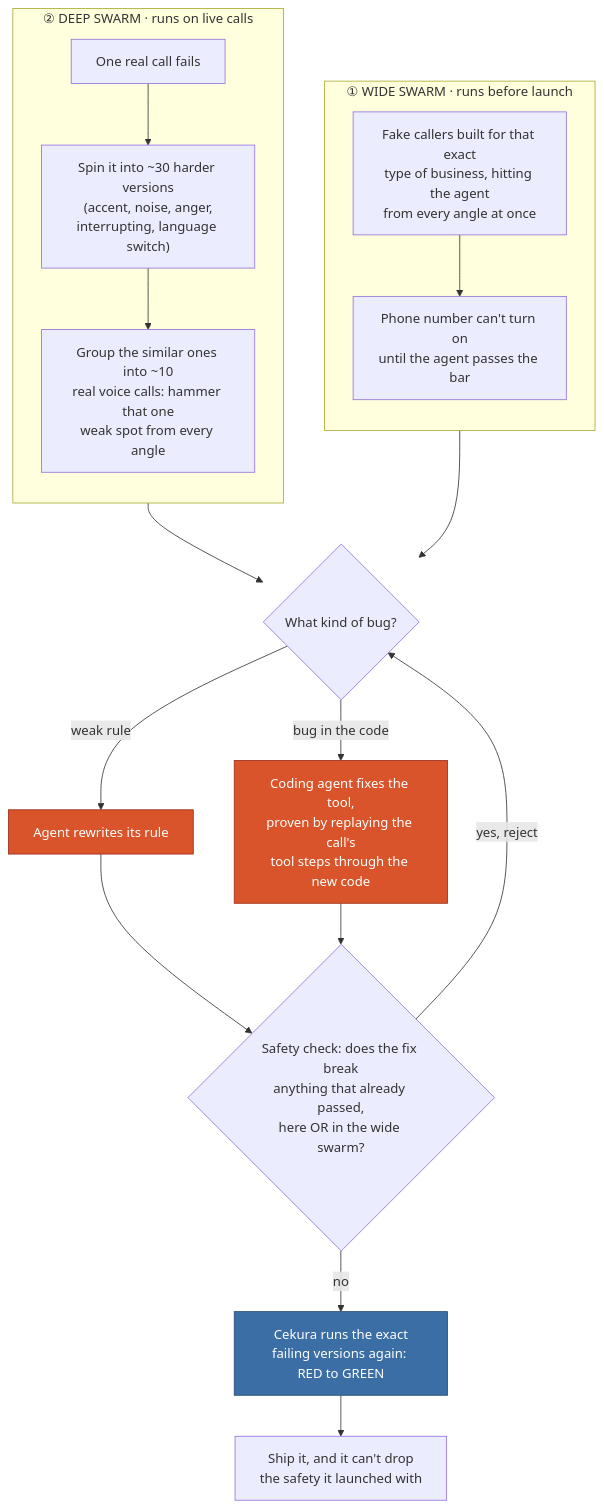
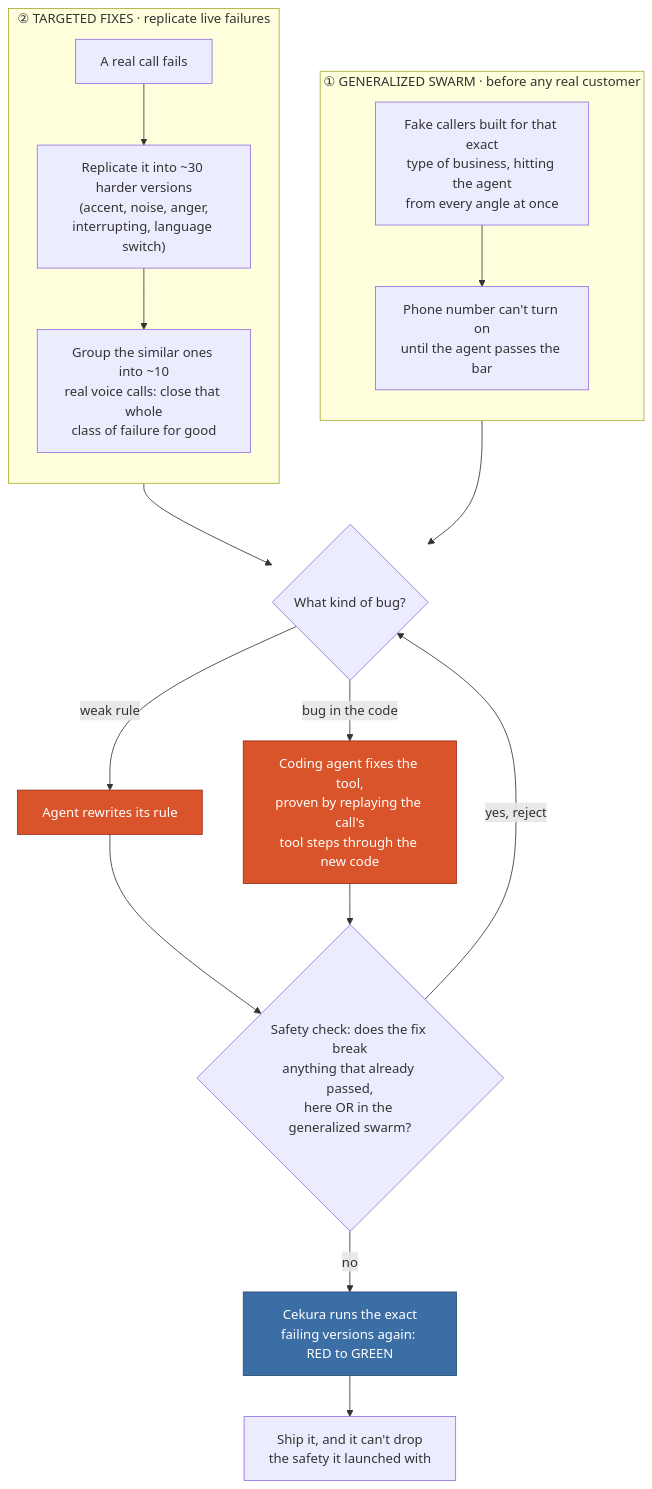
Before and after one commit to adityasingh2400/otto: the second of 3 diagrams in README.md, drawn with Mermaid. The commit also changed other lines of this file, not shown here.

Commit message:
docs(readme): clearer Cekura framing (generalized pre-launch swarm + targeted production fixes), strategic bolding, drop metric citations

````diff
--- a/README.md
+++ b/README.md
@@ -140,24 +138,24 @@
 ```mermaid
 flowchart TB
-  subgraph GEN["① WIDE SWARM · runs before launch"]
+  subgraph GEN["① GENERALIZED SWARM · before any real customer"]
     direction TB
     GA["Fake callers built for that exact<br/>type of business, hitting the agent<br/>from every angle at once"] --> GB["Phone number can't turn on<br/>until the agent passes the bar"]
   end
-  subgraph PROD["② DEEP SWARM · runs on live calls"]
+  subgraph PROD["② TARGETED FIXES · replicate live failures"]
     direction TB
-    PA["One real call fails"] --> PB["Spin it into ~30 harder versions<br/>(accent, noise, anger,<br/>interrupting, language switch)"]
-    PB --> PC["Group the similar ones into ~10<br/>real voice calls: hammer that one<br/>weak spot from every angle"]
+    PA["A real call fails"] --> PB["Replicate it into ~30 harder versions<br/>(accent, noise, anger,<br/>interrupting, language switch)"]
+    PB --> PC["Group the similar ones into ~10<br/>real voice calls: close that whole<br/>class of failure for good"]
   end
   GB --> ENG
   PC --> ENG{"What kind of bug?"}
   ENG -->|"weak rule"| RP["Agent rewrites its rule"]:::hot
   ENG -->|"bug in the code"| RC["Coding agent fixes the tool,<br/>proven by replaying the call's<br/>tool steps through the new code"]:::hot
   RP --> GUARD
   RC --> GUARD
-  GUARD{"Safety check: does the fix break<br/>anything that already passed,<br/>here OR in the wide swarm?"}
+  GUARD{"Safety check: does the fix break<br/>anything that already passed,<br/>here OR in the generalized swarm?"}
   GUARD -->|"yes, reject"| ENG
   GUARD -->|"no"| CONF["Cekura runs the exact<br/>failing versions again: RED to GREEN"]:::cek
   CONF --> SHIP["Ship it, and it can't drop<br/>the safety it launched with"]
   classDef cek fill:#3b6ea5,stroke:#274b73,color:#fff;
   classDef hot fill:#d9542b,stroke:#9a2a18,color:#fff;
 ```
````
